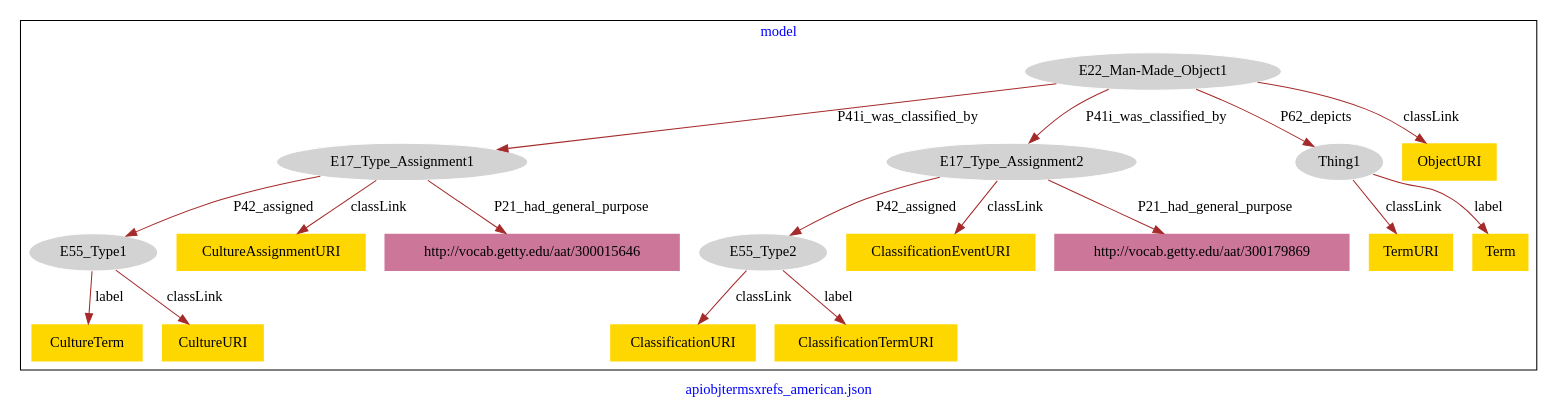
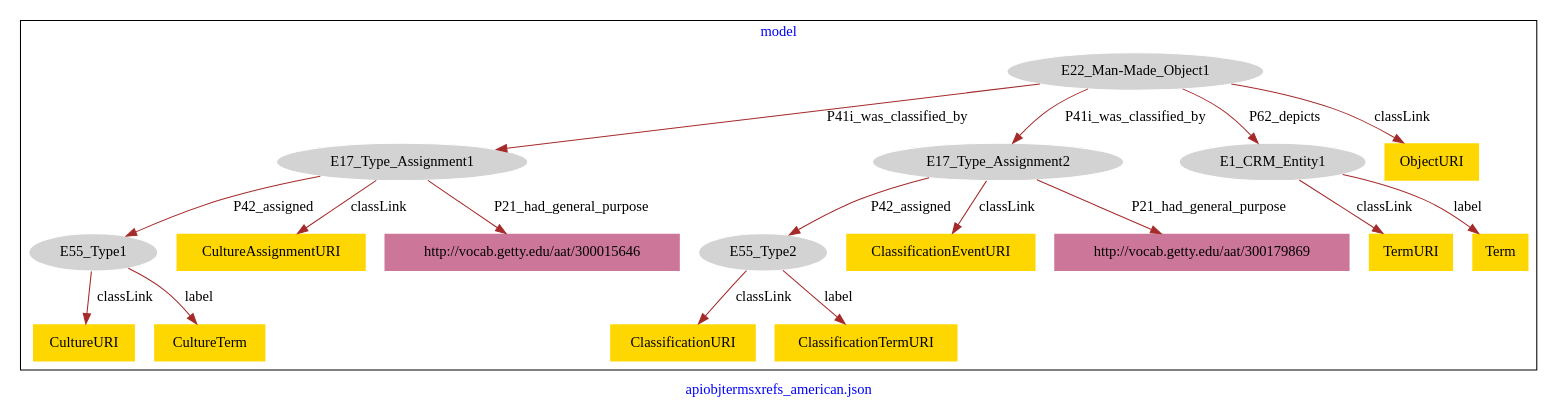
Before and after one commit to american-art/PUAM: the diagram in apiobjtermsxrefs_american/apiobjtermsxrefs_american-model.dot, drawn with Graphviz.

Commit message:
Update file apiobjtermsxrefs_american-model.dot

```diff
--- a/apiobjtermsxrefs_american/apiobjtermsxrefs_american-model.dot
+++ b/apiobjtermsxrefs_american/apiobjtermsxrefs_american-model.dot
@@ -1,41 +1,41 @@
 digraph n0 {
 fontcolor="blue"
 remincross="true"
 label="apiobjtermsxrefs_american.json"
 subgraph cluster {
 label="model"
 n2[style="filled",color="white",fillcolor="lightgray",label="E17_Type_Assignment1"];
 n3[style="filled",color="white",fillcolor="lightgray",label="E55_Type1"];
 n4[style="filled",color="white",fillcolor="lightgray",label="E17_Type_Assignment2"];
 n5[style="filled",color="white",fillcolor="lightgray",label="E55_Type2"];
 n6[style="filled",color="white",fillcolor="lightgray",label="E22_Man-Made_Object1"];
-n7[style="filled",color="white",fillcolor="lightgray",label="Thing1"];
-n8[shape="plaintext",style="filled",fillcolor="gold",label="CultureTerm"];
+n7[style="filled",color="white",fillcolor="lightgray",label="E1_CRM_Entity1"];
+n8[shape="plaintext",style="filled",fillcolor="gold",label="CultureAssignmentURI"];
 n9[shape="plaintext",style="filled",fillcolor="gold",label="TermURI"];
 n10[shape="plaintext",style="filled",fillcolor="gold",label="ClassificationURI"];
-n11[shape="plaintext",style="filled",fillcolor="gold",label="Term"];
+n11[shape="plaintext",style="filled",fillcolor="gold",label="ClassificationEventURI"];
 n12[shape="plaintext",style="filled",fillcolor="gold",label="ObjectURI"];
 n13[shape="plaintext",style="filled",fillcolor="gold",label="CultureURI"];
 n14[shape="plaintext",style="filled",fillcolor="gold",label="ClassificationTermURI"];
-n15[shape="plaintext",style="filled",fillcolor="gold",label="ClassificationEventURI"];
-n16[shape="plaintext",style="filled",fillcolor="gold",label="CultureAssignmentURI"];
+n15[shape="plaintext",style="filled",fillcolor="gold",label="Term"];
+n16[shape="plaintext",style="filled",fillcolor="gold",label="CultureTerm"];
 n17[shape="plaintext",style="filled",fillcolor="#CC7799",label="http://vocab.getty.edu/aat/300179869"];
 n18[shape="plaintext",style="filled",fillcolor="#CC7799",label="http://vocab.getty.edu/aat/300015646"];
 }
 n2 -> n3[color="brown",fontcolor="black",label="P42_assigned"]
 n4 -> n5[color="brown",fontcolor="black",label="P42_assigned"]
 n6 -> n2[color="brown",fontcolor="black",label="P41i_was_classified_by"]
 n6 -> n4[color="brown",fontcolor="black",label="P41i_was_classified_by"]
 n6 -> n7[color="brown",fontcolor="black",label="P62_depicts"]
-n3 -> n8[color="brown",fontcolor="black",label="label"]
+n2 -> n8[color="brown",fontcolor="black",label="classLink"]
 n7 -> n9[color="brown",fontcolor="black",label="classLink"]
 n5 -> n10[color="brown",fontcolor="black",label="classLink"]
-n7 -> n11[color="brown",fontcolor="black",label="label"]
+n4 -> n11[color="brown",fontcolor="black",label="classLink"]
 n6 -> n12[color="brown",fontcolor="black",label="classLink"]
 n3 -> n13[color="brown",fontcolor="black",label="classLink"]
 n5 -> n14[color="brown",fontcolor="black",label="label"]
-n4 -> n15[color="brown",fontcolor="black",label="classLink"]
-n2 -> n16[color="brown",fontcolor="black",label="classLink"]
+n7 -> n15[color="brown",fontcolor="black",label="label"]
+n3 -> n16[color="brown",fontcolor="black",label="label"]
 n4 -> n17[color="brown",fontcolor="black",label="P21_had_general_purpose"]
 n2 -> n18[color="brown",fontcolor="black",label="P21_had_general_purpose"]
 }
```
